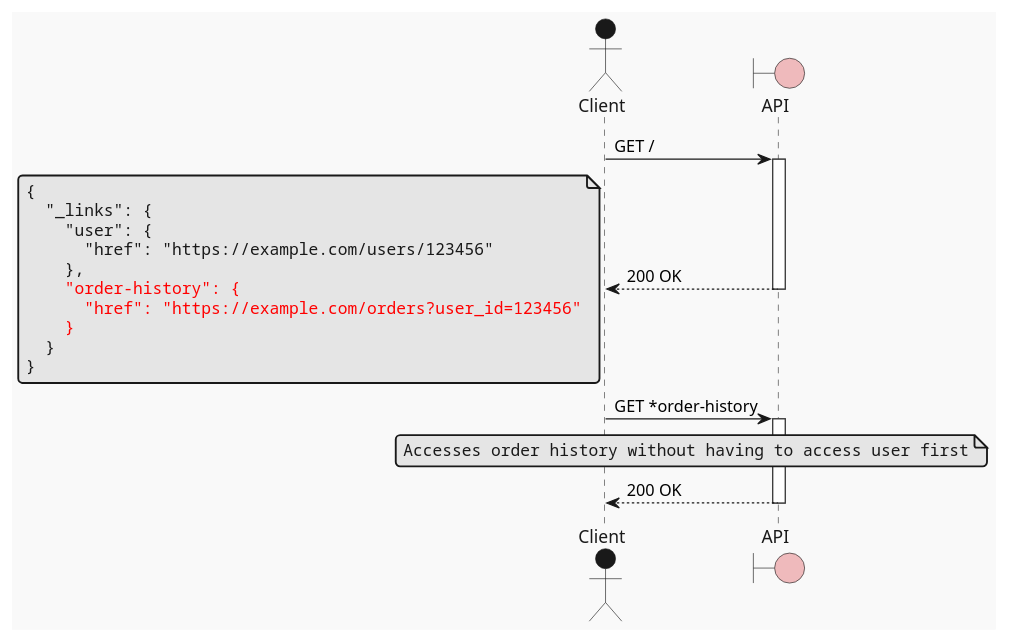
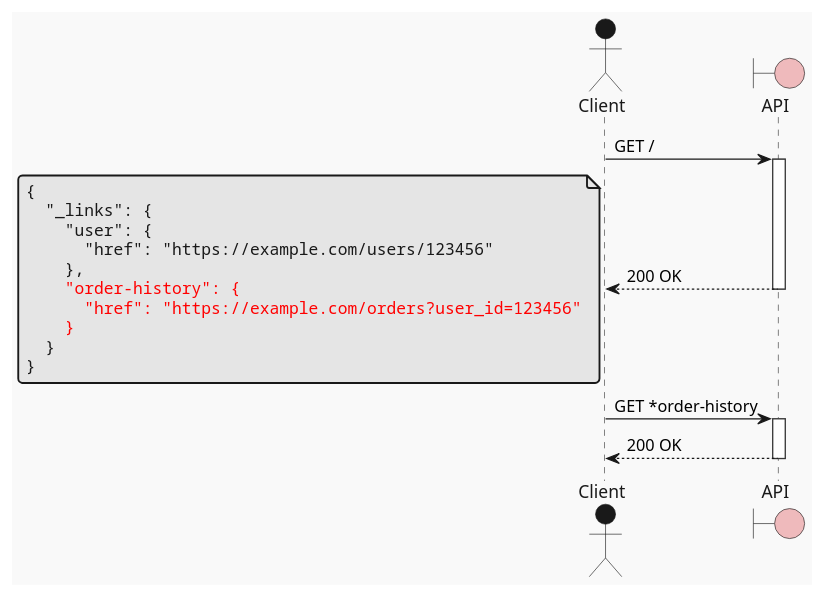
One commit to kewne/kewne.github.com changed the diagram in _patterns/hub_resource_sequence.puml. Above: the diagram before and after it, drawn with PlantUML. The commit also changed 14 other files, not shown here.

```diff
--- a/_patterns/hub_resource_sequence.puml
+++ b/_patterns/hub_resource_sequence.puml
@@ -1,28 +1,25 @@
 @startuml hub_resource
 !theme mars
 skinparam NoteFontName Courier
 
 actor Client as client
 boundary API as api
 
 client -> api++: GET /
 return 200 OK
 note left
 {
   "_links": {
     "user": {
       "href": "https://example.com/users/123456"
     },
 <color:red>    "order-history": {
 <color:red>      "href": "https://example.com/orders?user_id=123456"
 <color:red>    }
   }
 }
 endnote
 
 client -> api++: GET *order-history
-note across
-Accesses order history without having to access user first
-endnote
 return 200 OK
 @enduml
```
